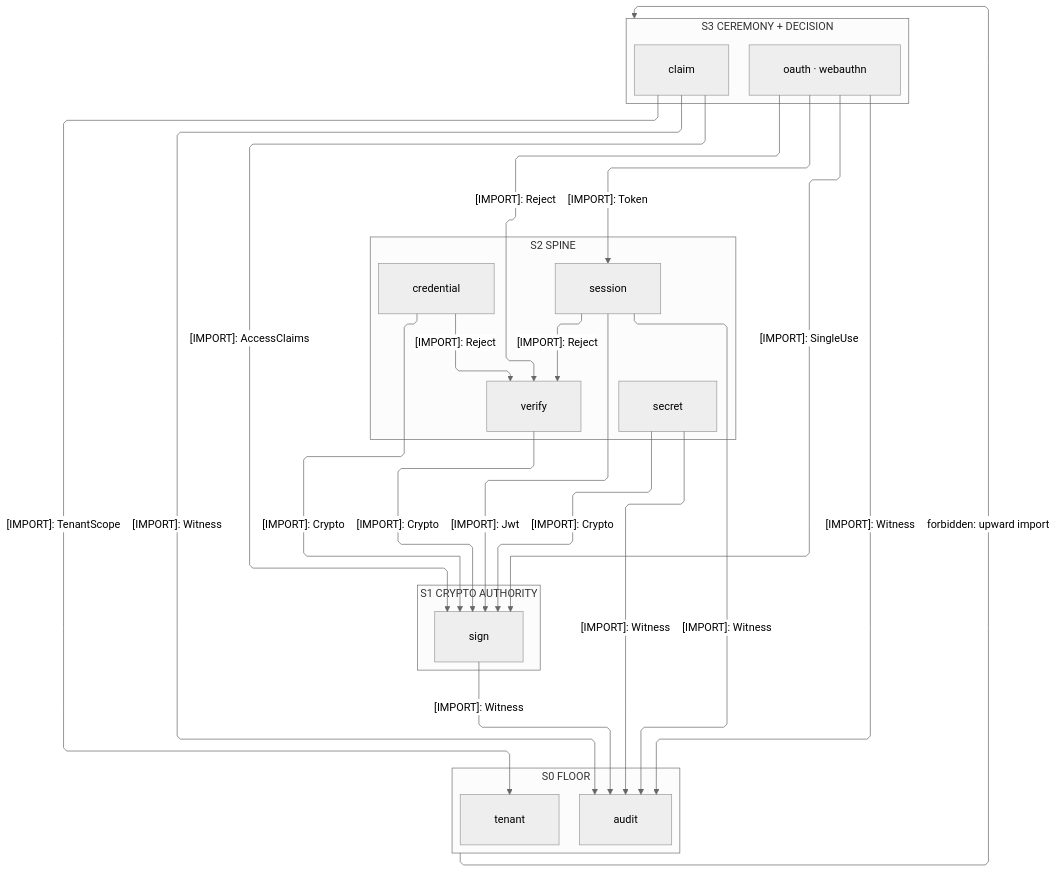
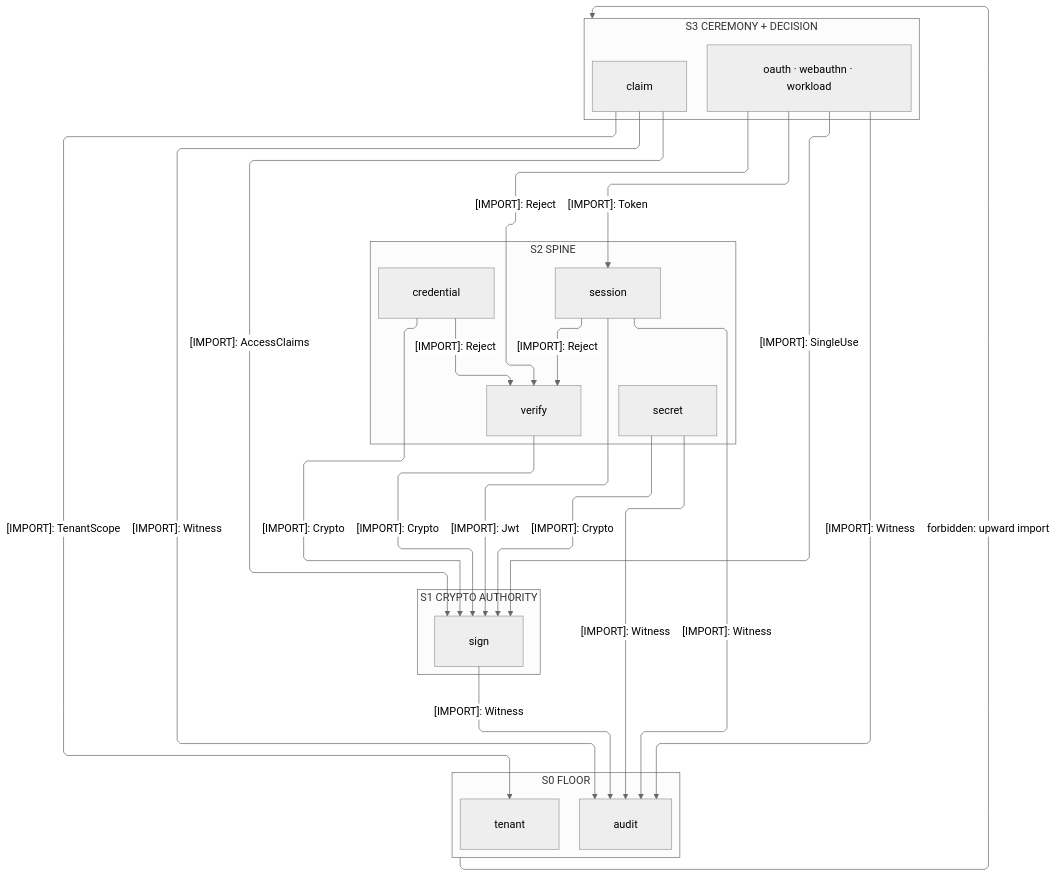
Before and after one commit to bsamiee/Rasm: the first of 2 diagrams in libs/typescript/security/ARCHITECTURE.md, drawn with Mermaid (neutral theme). The commit also changed other lines of this file and 108 other files, not shown here.

Commit message:
Land the coldpass doc-set deltas across README, ARCHITECTURE, RULINGS, IDEAS, and TASKLOG files

````diff
--- a/libs/typescript/security/ARCHITECTURE.md
+++ b/libs/typescript/security/ARCHITECTURE.md
@@ -32,46 +33,46 @@
 ```mermaid
 ---
 config:
   layout: elk
   flowchart:
     curve: linear
     padding: 25
 ---
 flowchart TB
     accTitle: Security interior import strata
     accDescr: Four strata — ceremonies and the entitlement fold over the spine onto the sign authority and the audit-tenant floor; imports downward.
     subgraph S3["S3 CEREMONY + DECISION"]
-        Ceremony["oauth · webauthn"]
+        Ceremony["oauth · webauthn · workload"]
         Claim[claim]
     end
     subgraph S2["S2 SPINE"]
         Verify[verify]
         Secret[secret]
         Session[session]
         Credential[credential]
     end
     subgraph S1["S1 CRYPTO AUTHORITY"]
         Sign[sign]
     end
     subgraph S0["S0 FLOOR"]
         Audit[audit]
         TenantRef[tenant]
     end
     Sign e12@-->|"[IMPORT]: Witness"| Audit
     Verify e1@-->|"[IMPORT]: Crypto"| Sign
     Secret e7@-->|"[IMPORT]: Crypto"| Sign
     Secret e13@-->|"[IMPORT]: Witness"| Audit
     Session e2@-->|"[IMPORT]: Jwt"| Sign
     Session e14@-->|"[IMPORT]: Witness"| Audit
     Credential e8@-->|"[IMPORT]: Crypto"| Sign
     Ceremony e3@-->|"[IMPORT]: Token"| Session
     Ceremony e4@-->|"[IMPORT]: SingleUse"| Sign
     Ceremony e15@-->|"[IMPORT]: Witness"| Audit
     Claim e5@-->|"[IMPORT]: AccessClaims"| Sign
     Claim e6@-->|"[IMPORT]: TenantScope"| TenantRef
     Claim e16@-->|"[IMPORT]: Witness"| Audit
     Session e9@-->|"[IMPORT]: Reject"| Verify
     Credential e10@-->|"[IMPORT]: Reject"| Verify
     Ceremony e11@-->|"[IMPORT]: Reject"| Verify
     S0 f1@-->|"forbidden: upward import"| S3
 ```
````
